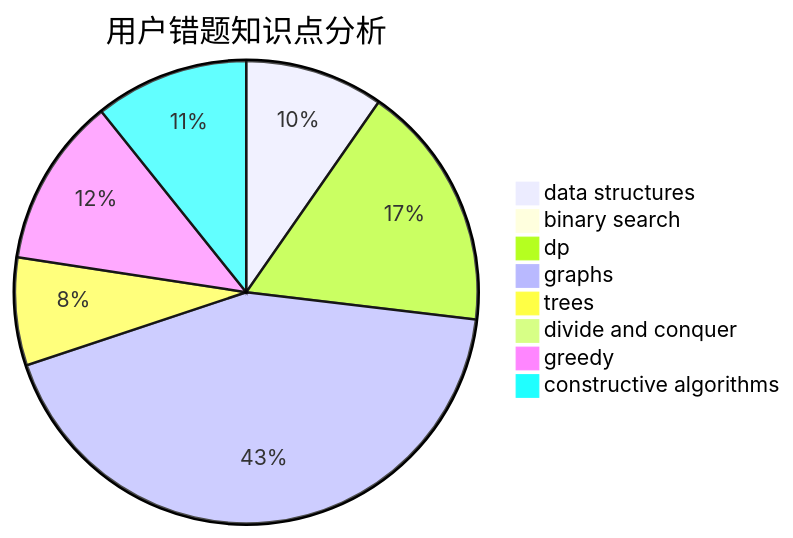
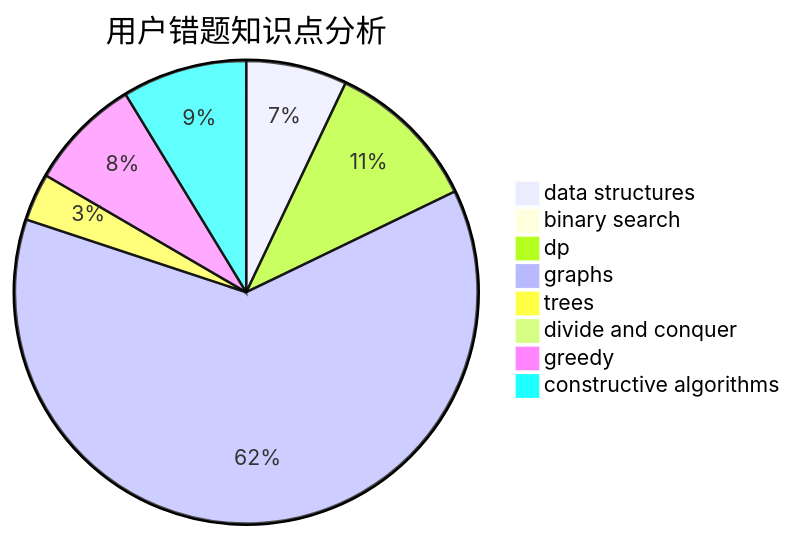
One commit to sherpahu/cfrs.github.io changed the third of 3 diagrams in docs/user/u571.md. Above: the diagram before and after it, drawn with Mermaid. The commit also changed other lines of this file and 2770 other files, not shown here.

````diff
--- a/docs/user/u571.md
+++ b/docs/user/u571.md
@@ -36,11 +36,11 @@
 ```mermaid
 pie title 用户错题知识点分析
-    "data structures" :  9
+    "data structures" :  17
     "binary search" :  0
-    "dp" :  16
-    "graphs" :  40
-    "trees" :  7
+    "dp" :  26
+    "graphs" :  150
+    "trees" :  8
     "divide and conquer" :  0
-    "greedy" :  11
-    "constructive algorithms" :  10
+    "greedy" :  19
+    "constructive algorithms" :  21
 ```
````
